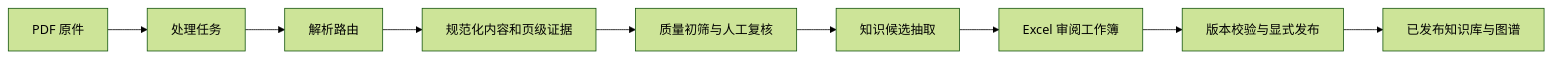
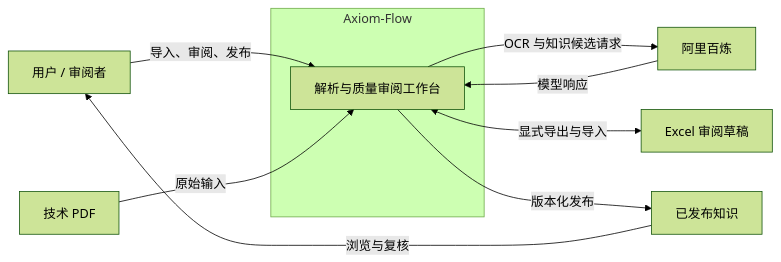
Before and after one commit to swfswf1234/Axiom-Flow: the diagram in docs/architecture/overview.md, drawn with Mermaid (forest theme). The commit also changed other lines of this file and 15 other files, not shown here.

Commit message:
docs: align architecture views and sync gates

````diff
--- a/docs/architecture/overview.md
+++ b/docs/architecture/overview.md
@@ -15,11 +16,19 @@
 ```mermaid
 flowchart LR
-    A[PDF 原件] --> B[处理任务]
-    B --> C[解析路由]
-    C --> D[规范化内容和页级证据]
-    D --> E[质量初筛与人工复核]
-    E --> F[知识候选抽取]
-    F --> G[Excel 审阅工作簿]
-    G --> H[版本校验与显式发布]
-    H --> I[已发布知识库与图谱]
+    U[用户 / 审阅者]
+    PDF[技术 PDF]
+    B[阿里百炼]
+    XLSX[Excel 审阅草稿]
+    RELEASE[已发布知识]
+    subgraph AF[Axiom-Flow]
+        WORKBENCH[解析与质量审阅工作台]
+    end
+
+    U -->|导入、审阅、发布| WORKBENCH
+    PDF -->|原始输入| WORKBENCH
+    WORKBENCH -->|OCR 与知识候选请求| B
+    B -->|模型响应| WORKBENCH
+    WORKBENCH <-->|显式导出与导入| XLSX
+    WORKBENCH -->|版本化发布| RELEASE
+    RELEASE -->|浏览与复核| U
 ```
````
